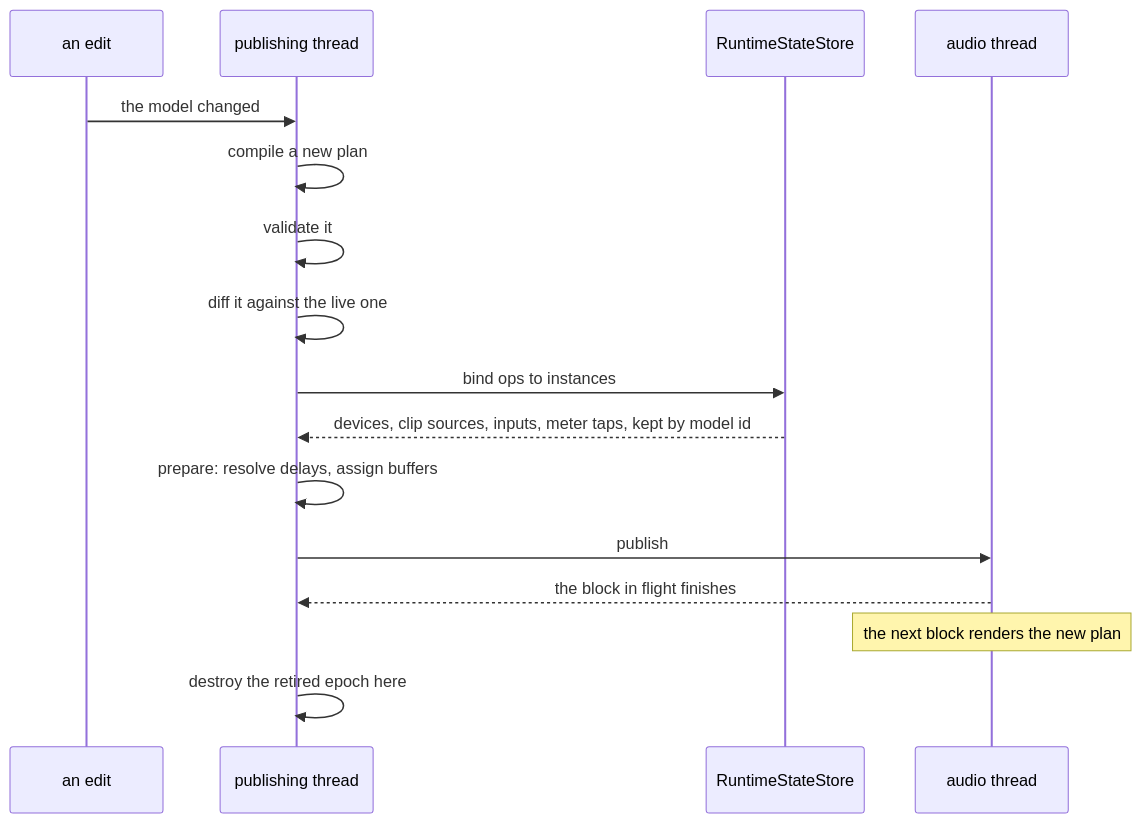
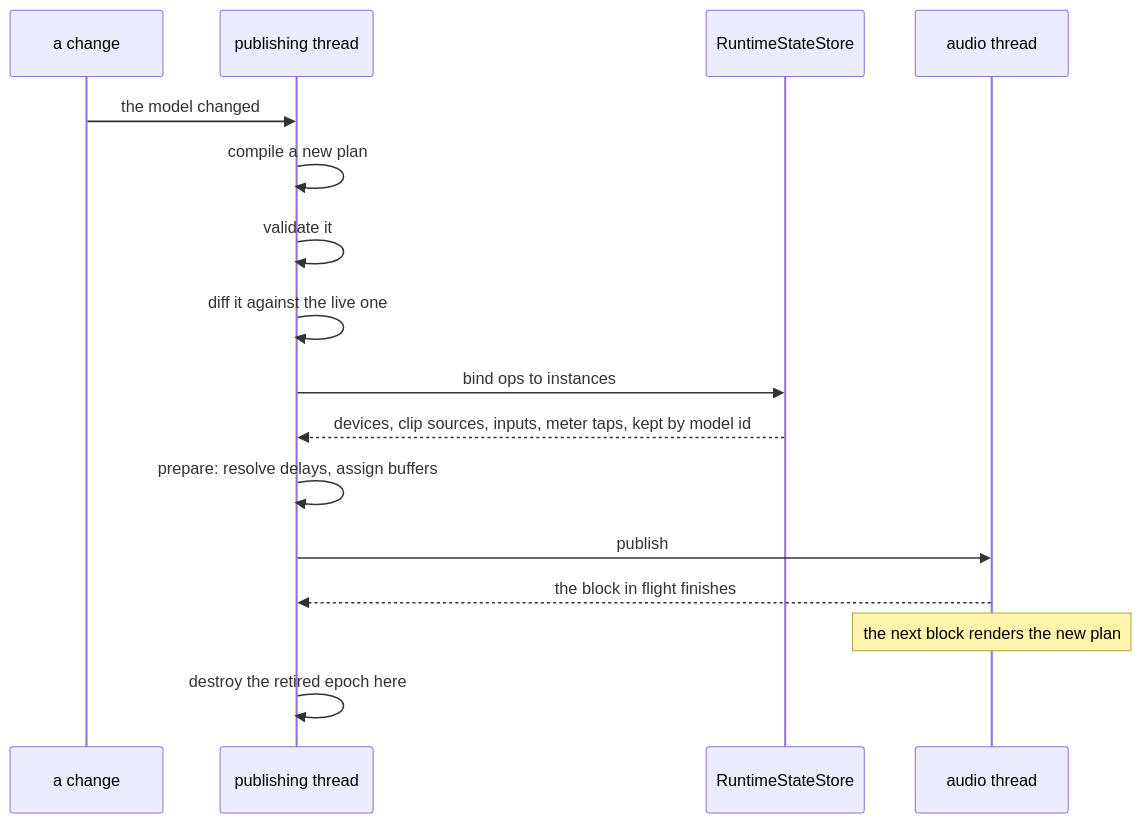
Before and after one commit to Conceptual-Machines/magda-core: the third of 6 diagrams in docs/architecture/native-engine.md, drawn with Mermaid. The commit also changed other lines of this file, not shown here.

````diff
--- a/docs/architecture/native-engine.md
+++ b/docs/architecture/native-engine.md
@@ -199,19 +199,19 @@
 ```mermaid
 sequenceDiagram
-    participant U as an edit
+    participant U as a change
     participant P as publishing thread
     participant S as RuntimeStateStore
     participant A as audio thread
 
     U->>P: the model changed
     P->>P: compile a new plan
     P->>P: validate it
     P->>P: diff it against the live one
     P->>S: bind ops to instances
     S-->>P: devices, clip sources, inputs, meter taps, kept by model id
     P->>P: prepare: resolve delays, assign buffers
     P->>A: publish
     A-->>P: the block in flight finishes
     Note over A: the next block renders the new plan
     P->>P: destroy the retired epoch here
 ```
````
